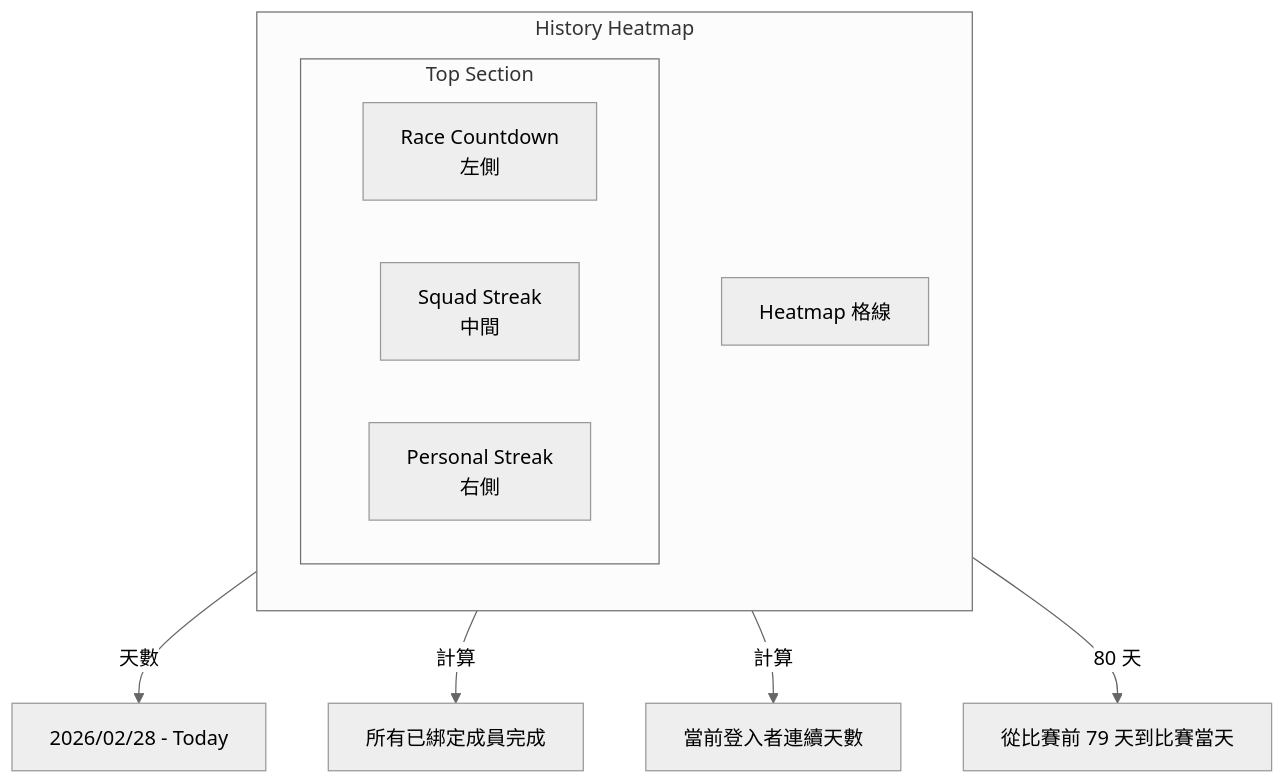
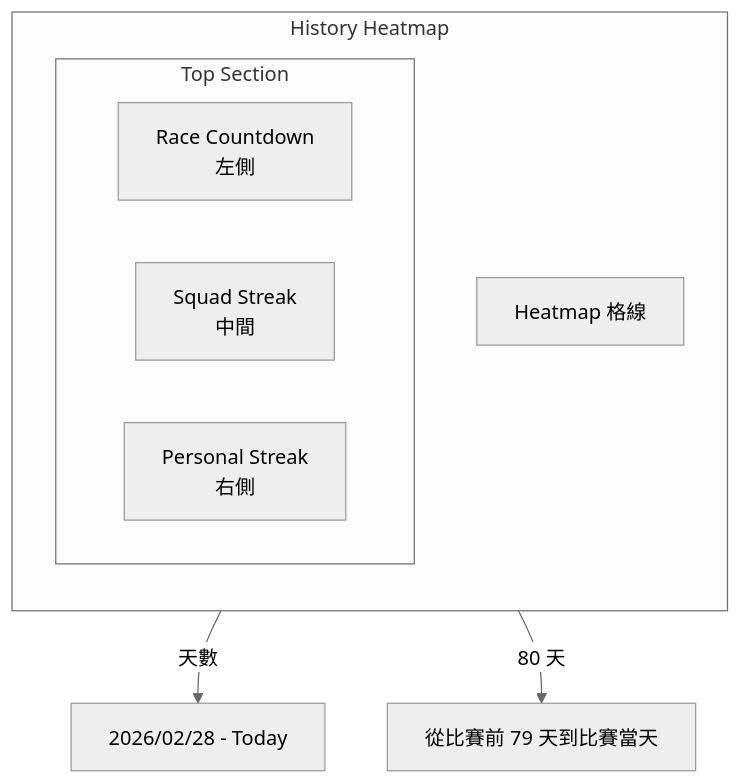
Before and after one commit to ddylanlinn/hyrox-squad-4: the sixth of 6 diagrams in docs/TECHNICAL_SPEC.md, drawn with Mermaid (neutral theme). The commit also changed other lines of this file, not shown here.

````diff
--- a/docs/TECHNICAL_SPEC.md
+++ b/docs/TECHNICAL_SPEC.md
@@ -494,18 +496,16 @@
 ```mermaid
 flowchart TB
     subgraph HistoryHeatmap[History Heatmap]
         direction TB
         subgraph TopRow[Top Section]
             direction LR
             Countdown[Race Countdown<br/>左側]
             SquadStreak[Squad Streak<br/>中間]
             PersonalStreak[Personal Streak<br/>右側]
         end
         Grid[Heatmap 格線]
     end
 
     Countdown -->|天數| RaceDay[2026/02/28 - Today]
-    SquadStreak -->|計算| SquadLogic[所有已綁定成員完成]
-    PersonalStreak -->|計算| PersonalLogic[當前登入者連續天數]
     Grid -->|80 天| DisplayDays[從比賽前 79 天到比賽當天]
 ```
````
